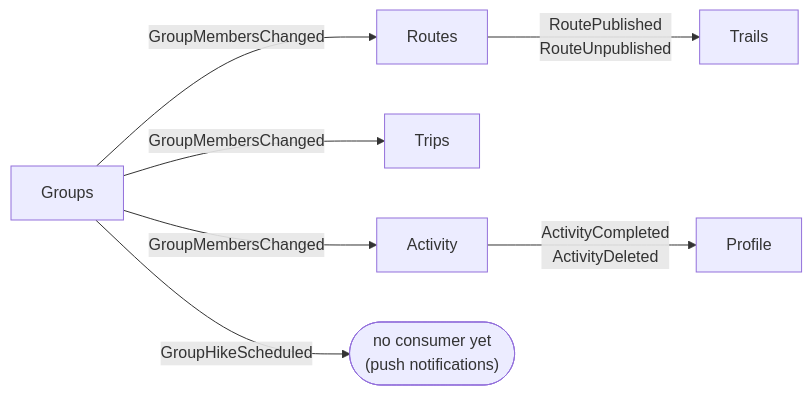
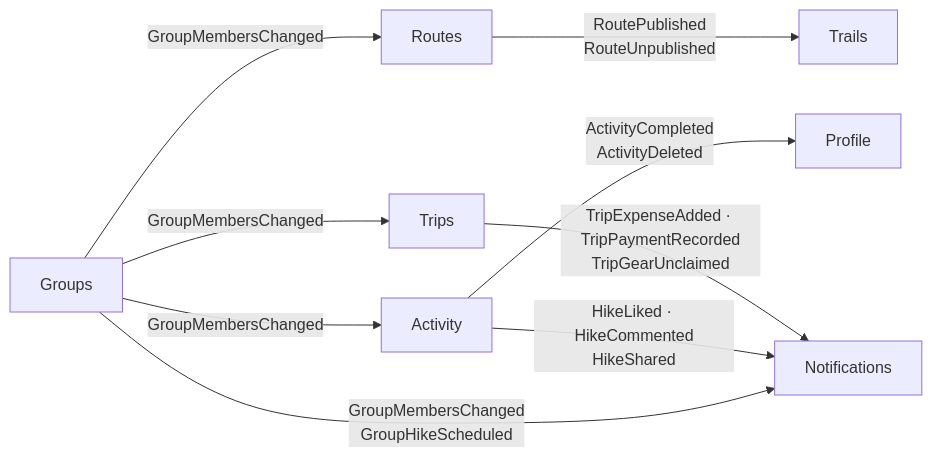
Before and after one commit to RokasKam/TrailHub: the fourth of 4 diagrams in README.md, drawn with Mermaid. The commit also changed other lines of this file and 155 other files, not shown here.

````diff
--- a/README.md
+++ b/README.md
@@ -183,9 +185,11 @@
 ```mermaid
 flowchart LR
     activity["Activity"] -- "ActivityCompleted<br/>ActivityDeleted" --> profile["Profile"]
     groups["Groups"] -- "GroupMembersChanged" --> trips["Trips"]
     groups -- "GroupMembersChanged" --> routes["Routes"]
     groups -- "GroupMembersChanged" --> activity
-    groups -- "GroupHikeScheduled" --> none(["no consumer yet<br/>(push notifications)"])
+    groups -- "GroupMembersChanged<br/>GroupHikeScheduled" --> notifications["Notifications"]
+    activity -- "HikeLiked · HikeCommented<br/>HikeShared" --> notifications
+    trips -- "TripExpenseAdded · TripPaymentRecorded<br/>TripGearUnclaimed" --> notifications
     routes -- "RoutePublished<br/>RouteUnpublished" --> trails["Trails"]
 ```
````
